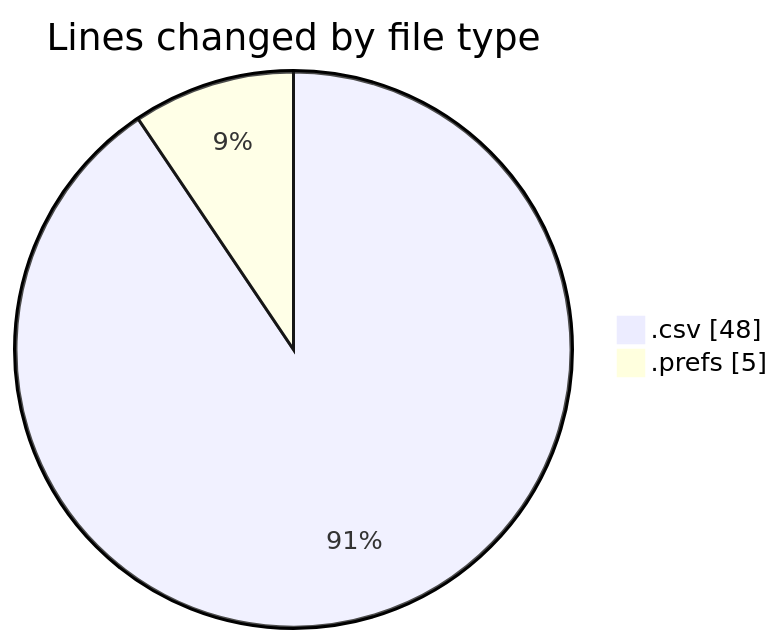
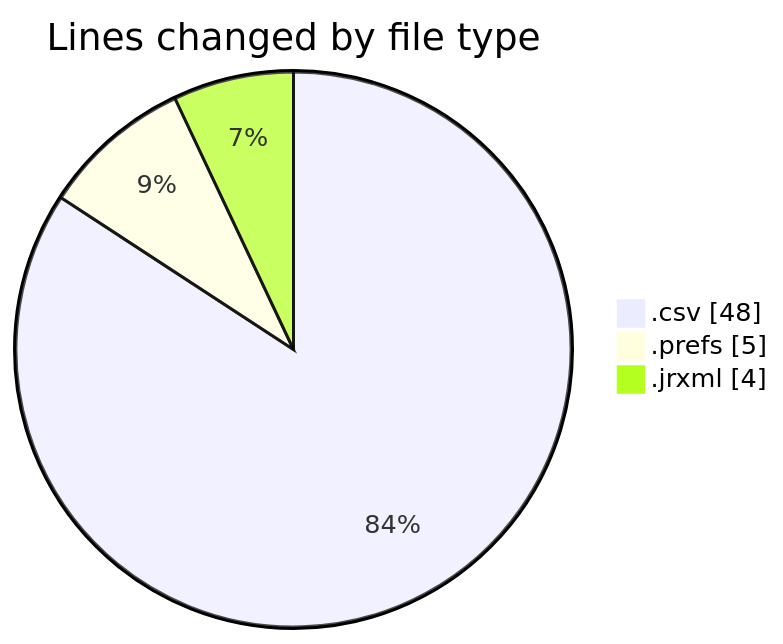
Before and after one commit to ricardozamudiocil/code-tracking: the first of 2 diagrams in 2026-09-22/cilreports__workspace_/README.md, drawn with Mermaid. The commit also changed other lines of this file and 1 other file, not shown here.

````diff
--- a/2026-09-22/cilreports__workspace_/README.md
+++ b/2026-09-22/cilreports__workspace_/README.md
@@ -21,6 +22,7 @@
 ```mermaid
 pie showData
 title Lines changed by file type
 ".csv" : 48
 ".prefs" : 5
+".jrxml" : 4
 ```
````
